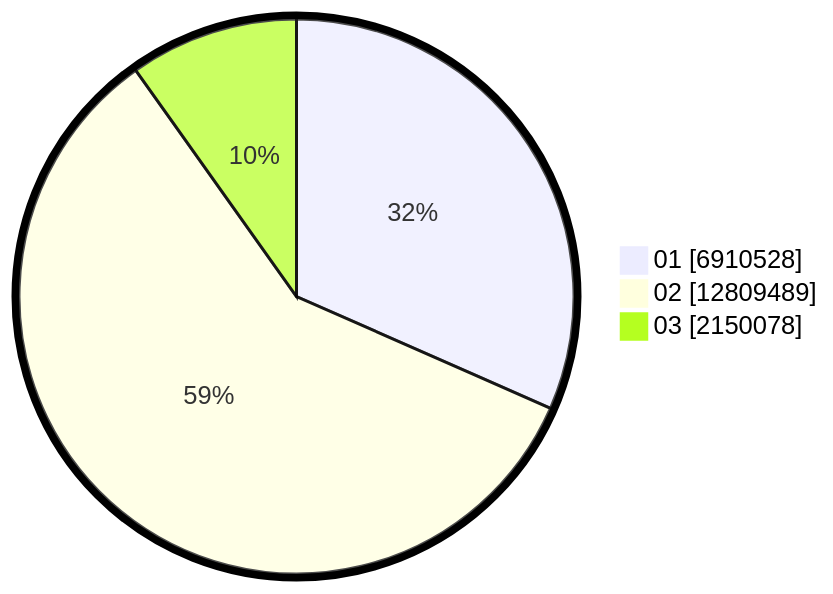
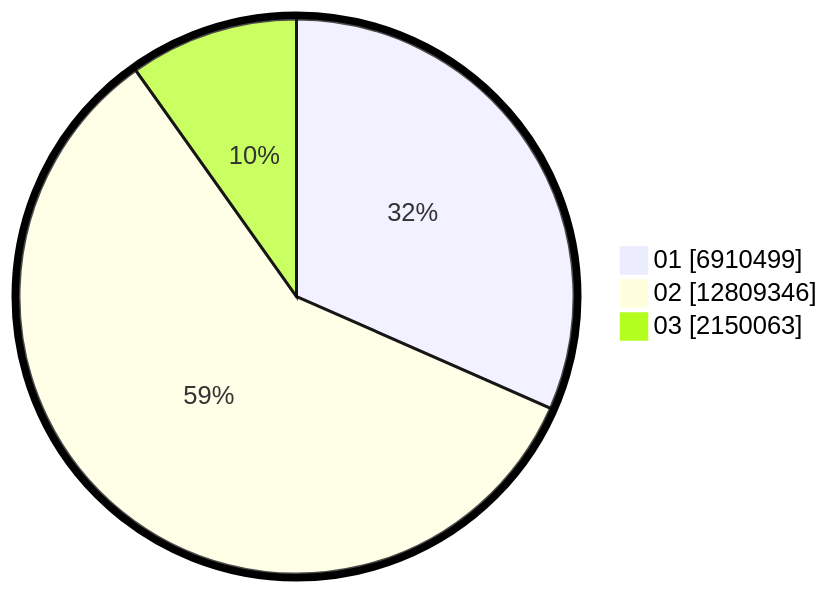
The second of 2 diagrams in pilpres/hitung-suara/sub/table-wilayah-32.md (gigit-pemilu/pemilu-2024), drawn with Mermaid before and after one commit. The commit also changed other lines of this file and 10 other files, not shown here.

````diff
--- a/pilpres/hitung-suara/sub/table-wilayah-32.md
+++ b/pilpres/hitung-suara/sub/table-wilayah-32.md
@@ -15,7 +15,7 @@
 ```mermaid
 %%{init: {"pie": {"textPosition": 0.5}, "themeVariables": {"pieOuterStrokeWidth": "5px"}} }%%
 pie showData
-    "01" : 6910528
-    "02" : 12809489
-    "03" : 2150078
+    "01" : 6910499
+    "02" : 12809346
+    "03" : 2150063
 ```
````
